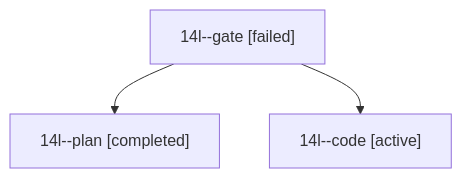
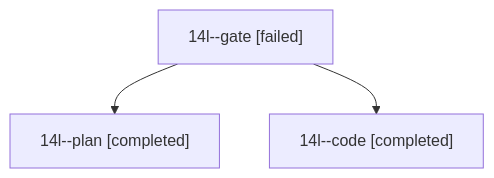
Before and after one commit to bobs-org/bob-cli--agents: the diagram in sessions/bbugyi200.athena.14l.md, drawn with Mermaid. The commit also changed other lines of this file and 27 other files, not shown here.

````diff
--- a/sessions/bbugyi200.athena.14l.md
+++ b/sessions/bbugyi200.athena.14l.md
@@ -9,8 +9,8 @@
 ```mermaid
 flowchart TD
   n0["14l--gate [failed]"]
   n1["14l--plan [completed]"]
   n0 --> n1
-  n2["14l--code [active]"]
+  n2["14l--code [completed]"]
   n0 --> n2
 ```
````
